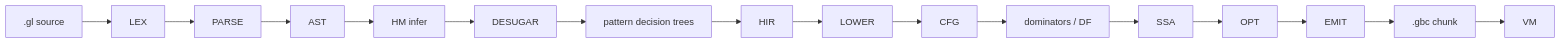
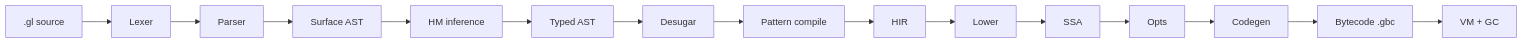
Before and after one commit to Aneesh495/glyph: the first of 12 diagrams in docs/diagrams/pipeline.md, drawn with Mermaid. The commit also changed other lines of this file and 31 other files, not shown here.

First line of the commit message:
Fill out syntax, types, HIR patterns, and bytecode ISA.

````diff
--- a/docs/diagrams/pipeline.md
+++ b/docs/diagrams/pipeline.md
@@ -1,18 +8,17 @@
 ```mermaid
 flowchart LR
-  SRC[".gl source"] --> LEX
-  LEX --> PARSE
-  PARSE --> AST
-  AST --> TYPE["HM infer"]
-  TYPE --> DESUGAR
-  DESUGAR --> PAT["pattern decision trees"]
-  PAT --> HIR
-  HIR --> LOWER
-  LOWER --> CFG
-  CFG --> DOM["dominators / DF"]
-  DOM --> SSA
-  SSA --> OPT
-  OPT --> EMIT
-  EMIT --> CHUNK[".gbc chunk"]
-  CHUNK --> VM
+  SRC[".gl source"] --> LEX[Lexer]
+  LEX --> PAR[Parser]
+  PAR --> AST[Surface AST]
+  AST --> HM[HM inference]
+  HM --> TAST[Typed AST]
+  TAST --> DES[Desugar]
+  DES --> PAT[Pattern compile]
+  PAT --> HIR[HIR]
+  HIR --> LOW[Lower]
+  LOW --> SSA[SSA]
+  SSA --> OPT[Opts]
+  OPT --> EMIT[Codegen]
+  EMIT --> BC["Bytecode .gbc"]
+  BC --> VM[VM + GC]
 ```
````
